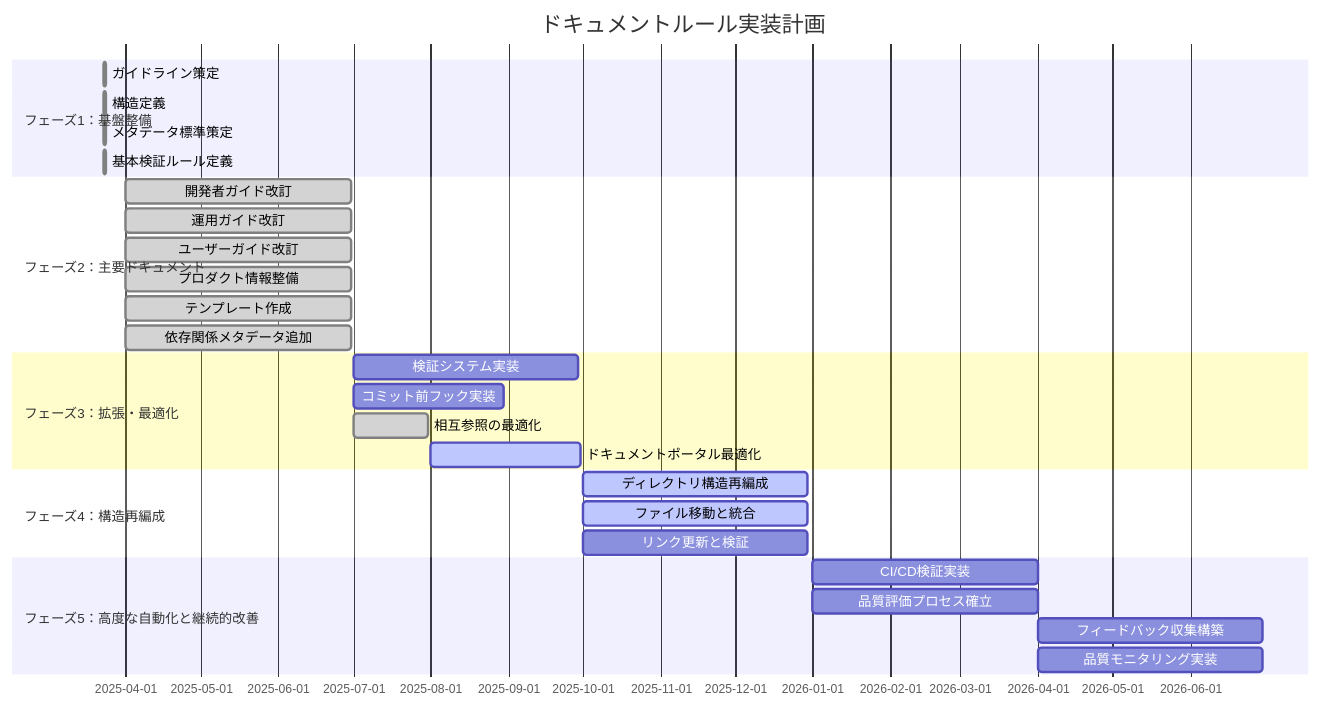
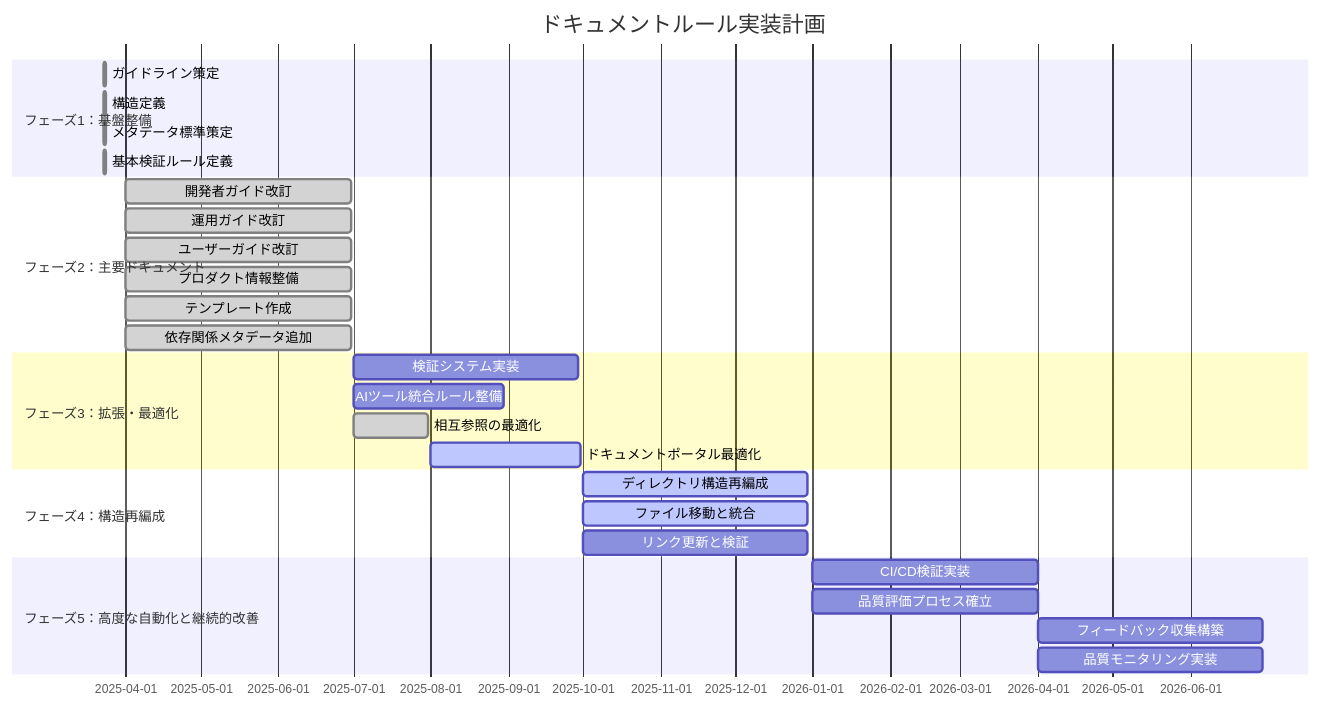
The diagram in docs/PLAN.md (ToyB0x/git-resume), drawn with Mermaid before and after one commit. The commit also changed other lines of this file, not shown here.

````diff
--- a/docs/PLAN.md
+++ b/docs/PLAN.md
@@ -131,31 +135,31 @@
 ```mermaid
 gantt
     title ドキュメントルール実装計画
     dateFormat  YYYY-MM-DD
     section フェーズ1：基盤整備
     ガイドライン策定      :done, 2025-03-23, 1d
     構造定義              :done, 2025-03-23, 1d
     メタデータ標準策定    :done, 2025-03-23, 1d
     基本検証ルール定義    :done, 2025-03-23, 1d
     section フェーズ2：主要ドキュメント
     開発者ガイド改訂      :done, 2025-04-01, 90d
     運用ガイド改訂        :done, 2025-04-01, 90d
     ユーザーガイド改訂    :done, 2025-04-01, 90d
     プロダクト情報整備    :done, 2025-04-01, 90d
     テンプレート作成      :done, 2025-04-01, 90d
     依存関係メタデータ追加 :done, 2025-04-01, 90d
     section フェーズ3：拡張・最適化
     検証システム実装      :2025-07-01, 90d
-    コミット前フック実装   :2025-07-01, 60d
+    AIツール統合ルール整備 :2025-07-01, 60d
     相互参照の最適化      :done, 2025-07-01, 30d
     ドキュメントポータル最適化 :active, 2025-08-01, 60d
     section フェーズ4：構造再編成
     ディレクトリ構造再編成 :active, 2025-10-01, 90d
     ファイル移動と統合     :active, 2025-10-01, 90d
     リンク更新と検証       :2025-10-01, 90d
     section フェーズ5：高度な自動化と継続的改善
     CI/CD検証実装         :2026-01-01, 90d
     品質評価プロセス確立   :2026-01-01, 90d
     フィードバック収集構築 :2026-04-01, 90d
     品質モニタリング実装   :2026-04-01, 90d
 ```
````
